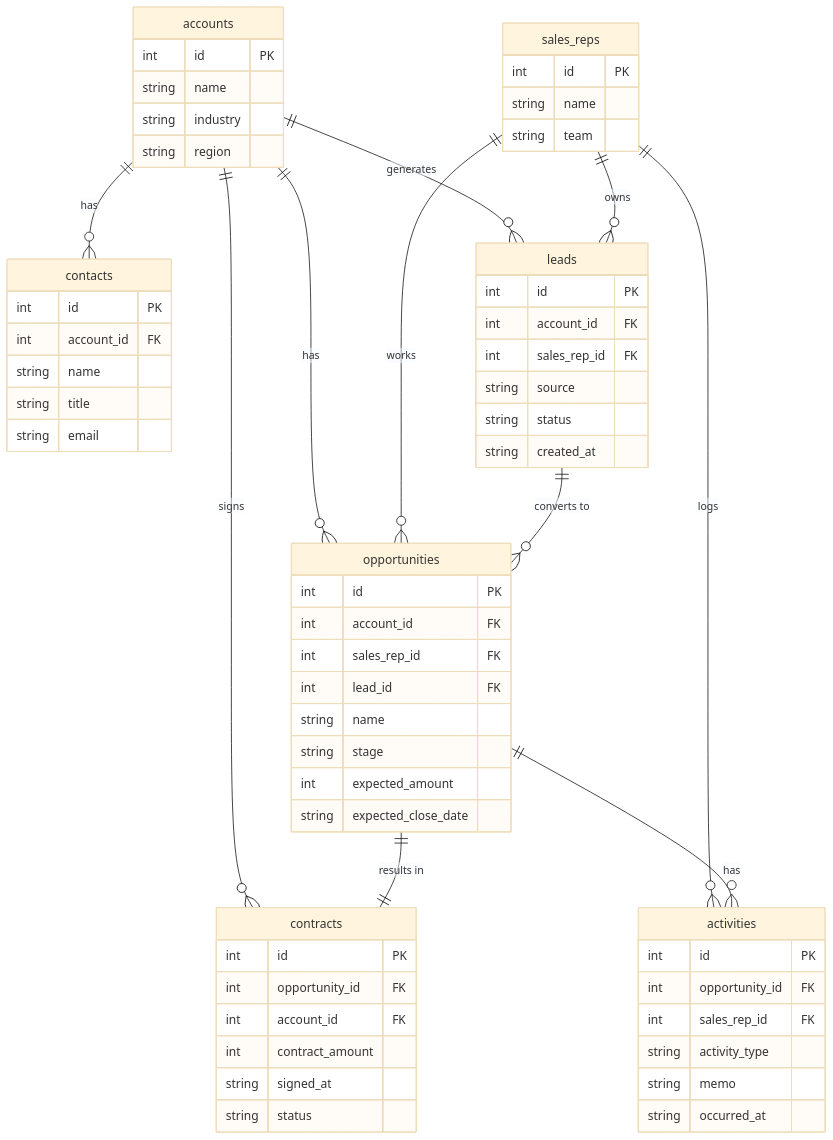
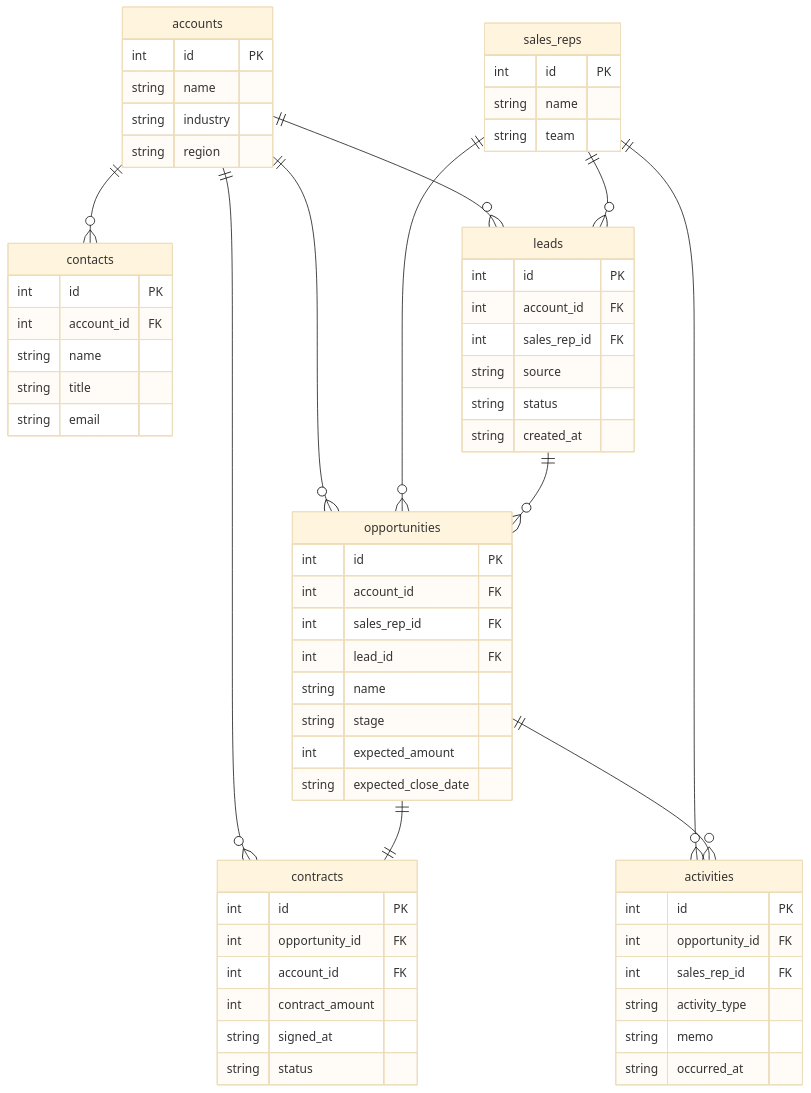
Before and after one commit to dota-pilot1/towercrane-for-uiux: the diagram in towercrane-for-uiux-server/src/sql-practice/seeds/07_sales_crm.mmd, drawn with Mermaid (base theme). The commit also changed 11 other files, not shown here.

Commit message:
style: ERD 관계선 레이블 제거 — 까마귀발 표기법으로 충분

```diff
--- a/towercrane-for-uiux-server/src/sql-practice/seeds/07_sales_crm.mmd
+++ b/towercrane-for-uiux-server/src/sql-practice/seeds/07_sales_crm.mmd
@@ -1,64 +1,64 @@
 erDiagram
-    accounts ||--o{ contacts : "has"
-    accounts ||--o{ leads : "generates"
-    accounts ||--o{ opportunities : "has"
-    accounts ||--o{ contracts : "signs"
-    sales_reps ||--o{ leads : "owns"
-    sales_reps ||--o{ opportunities : "works"
-    sales_reps ||--o{ activities : "logs"
-    leads ||--o{ opportunities : "converts to"
-    opportunities ||--o{ activities : "has"
-    opportunities ||--|| contracts : "results in"
+    accounts ||--o{ contacts : ""
+    accounts ||--o{ leads : ""
+    accounts ||--o{ opportunities : ""
+    accounts ||--o{ contracts : ""
+    sales_reps ||--o{ leads : ""
+    sales_reps ||--o{ opportunities : ""
+    sales_reps ||--o{ activities : ""
+    leads ||--o{ opportunities : ""
+    opportunities ||--o{ activities : ""
+    opportunities ||--|| contracts : ""
 
     accounts {
         int id PK
         string name
         string industry
         string region
     }
     contacts {
         int id PK
         int account_id FK
         string name
         string title
         string email
     }
     sales_reps {
         int id PK
         string name
         string team
     }
     leads {
         int id PK
         int account_id FK
         int sales_rep_id FK
         string source
         string status
         string created_at
     }
     opportunities {
         int id PK
         int account_id FK
         int sales_rep_id FK
         int lead_id FK
         string name
         string stage
         int expected_amount
         string expected_close_date
     }
     activities {
         int id PK
         int opportunity_id FK
         int sales_rep_id FK
         string activity_type
         string memo
         string occurred_at
     }
     contracts {
         int id PK
         int opportunity_id FK
         int account_id FK
         int contract_amount
         string signed_at
         string status
     }
```
